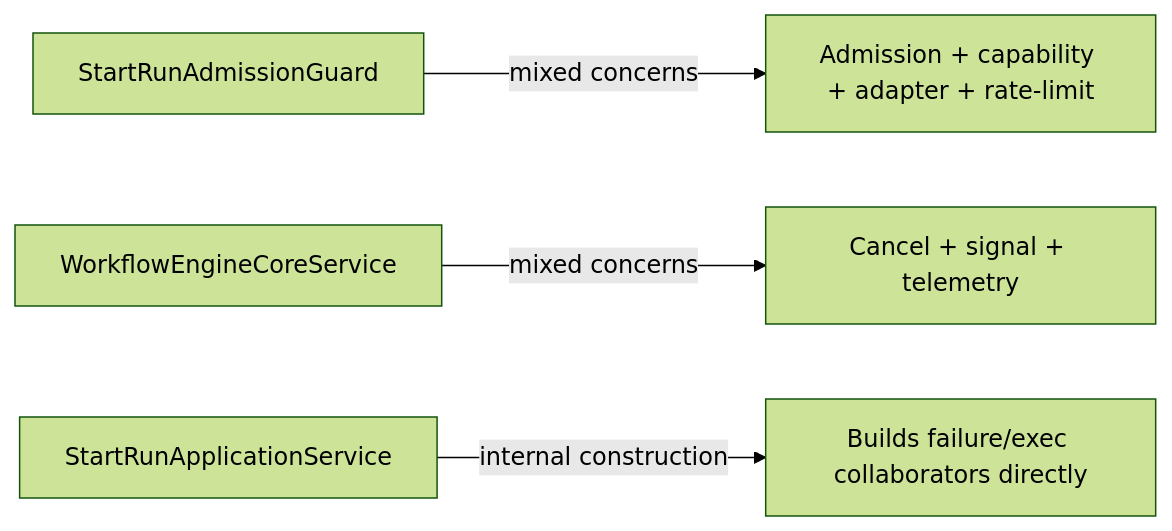
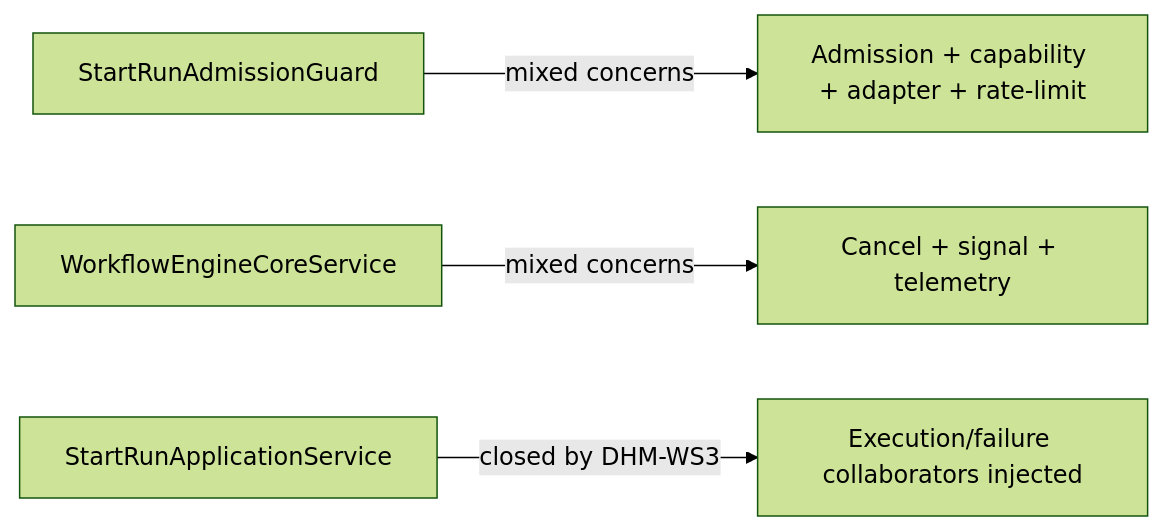
One commit to dunay2/dvt changed the fifth of 5 diagrams in docs/architecture/components/engine/architecture/workflow-engine-subsystem-context.md. Above: the diagram before and after it, drawn with Mermaid (forest theme). The commit also changed other lines of this file and 20 other files, not shown here.

Commit message:
refactor(engine): Inject start-run application seams

````diff
--- a/docs/architecture/components/engine/architecture/workflow-engine-subsystem-context.md
+++ b/docs/architecture/components/engine/architecture/workflow-engine-subsystem-context.md
@@ -255,6 +257,6 @@
 ```mermaid
 flowchart LR
   Guard["StartRunAdmissionGuard"] -->|mixed concerns| W2["Admission + capability + adapter + rate-limit"]
   Core["WorkflowEngineCoreService"] -->|mixed concerns| W3["Cancel + signal + telemetry"]
-  StartRun["StartRunApplicationService"] -->|internal construction| W4["Builds failure/exec collaborators directly"]
+  StartRun["StartRunApplicationService"] -->|closed by DHM-WS3| W4["Execution/failure collaborators injected"]
 ```
````
